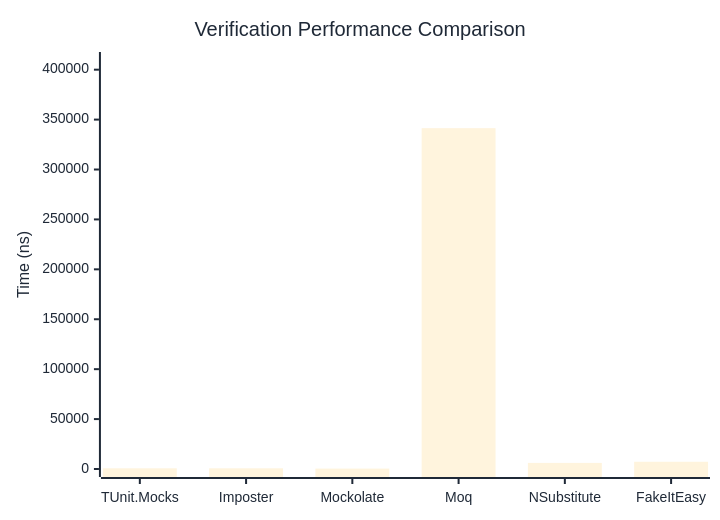
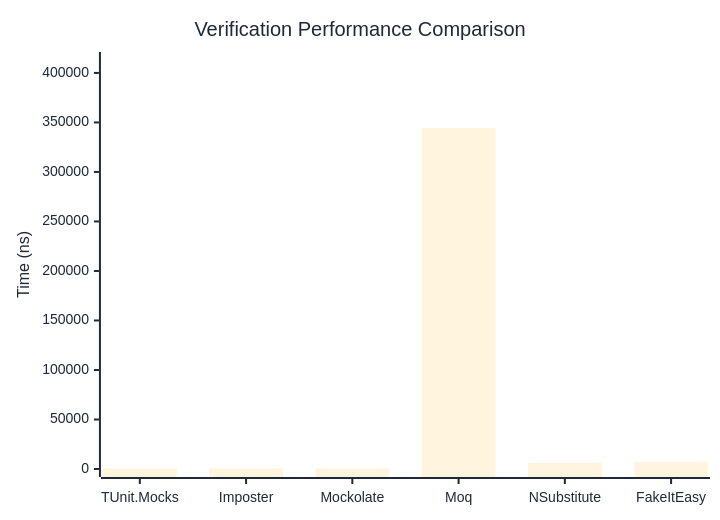
One commit to thomhurst/TUnit changed the first of 3 diagrams in docs/docs/benchmarks/mocks/Verification.md. Above: the diagram before and after it, drawn with Mermaid. The commit also changed other lines of this file and 14 other files, not shown here.

````diff
--- a/docs/docs/benchmarks/mocks/Verification.md
+++ b/docs/docs/benchmarks/mocks/Verification.md
@@ -30,27 +30,27 @@
 ```mermaid
 %%{init: {
   'theme':'base',
   'themeVariables': {
     'primaryColor': '#2563eb',
     'primaryTextColor': '#1f2937',
     'primaryBorderColor': '#1e40af',
     'lineColor': '#6b7280',
     'secondaryColor': '#7c3aed',
     'tertiaryColor': '#dc2626',
     'background': '#ffffff',
     'pie1': '#2563eb',
     'pie2': '#7c3aed',
     'pie3': '#dc2626',
     'pie4': '#f59e0b',
     'pie5': '#10b981',
     'pie6': '#06b6d4',
     'pie7': '#ec4899',
     'pie8': '#6366f1'
   }
 }}%%
 xychart-beta
   title "Verification Performance Comparison"
   x-axis ["TUnit.Mocks", "Imposter", "Mockolate", "Moq", "NSubstitute", "FakeItEasy"]
-  y-axis "Time (ns)" 0 --> 409694
-  bar [690.82, 702.99, 407.07, 341411.08, 6099.12, 7250.91]
+  y-axis "Time (ns)" 0 --> 413067
+  bar [715.57, 675.66, 392.27, 344222.29, 6153.58, 7384.61]
 ```
````
